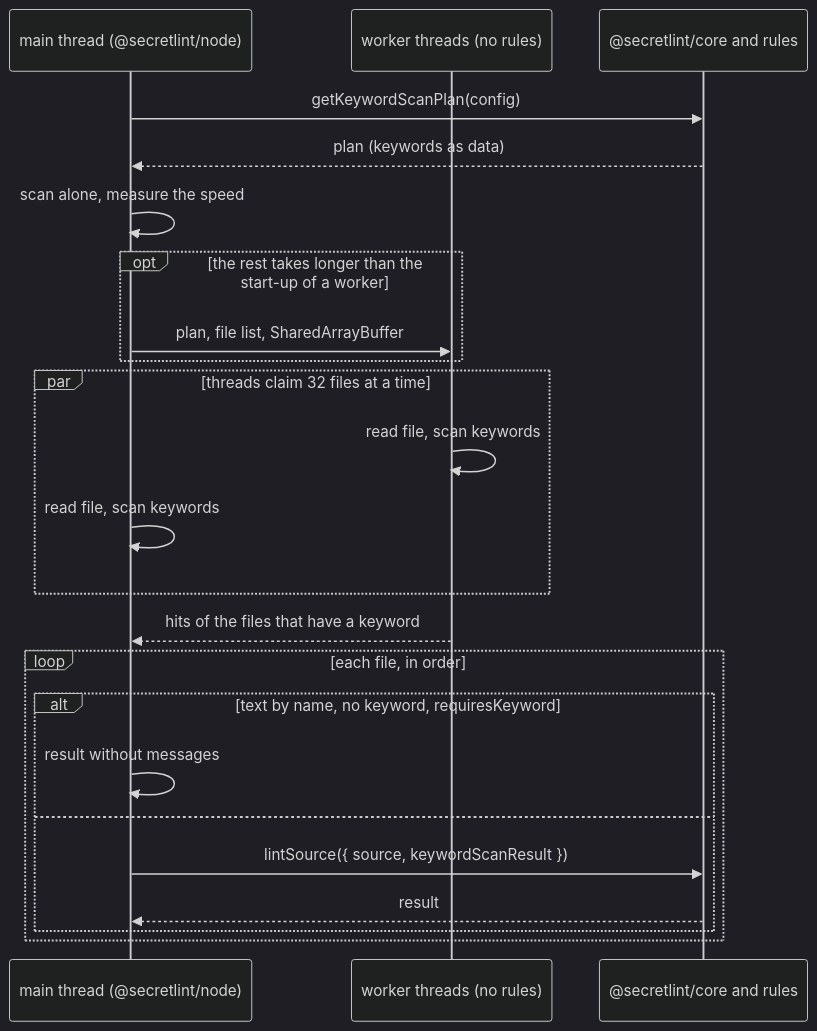
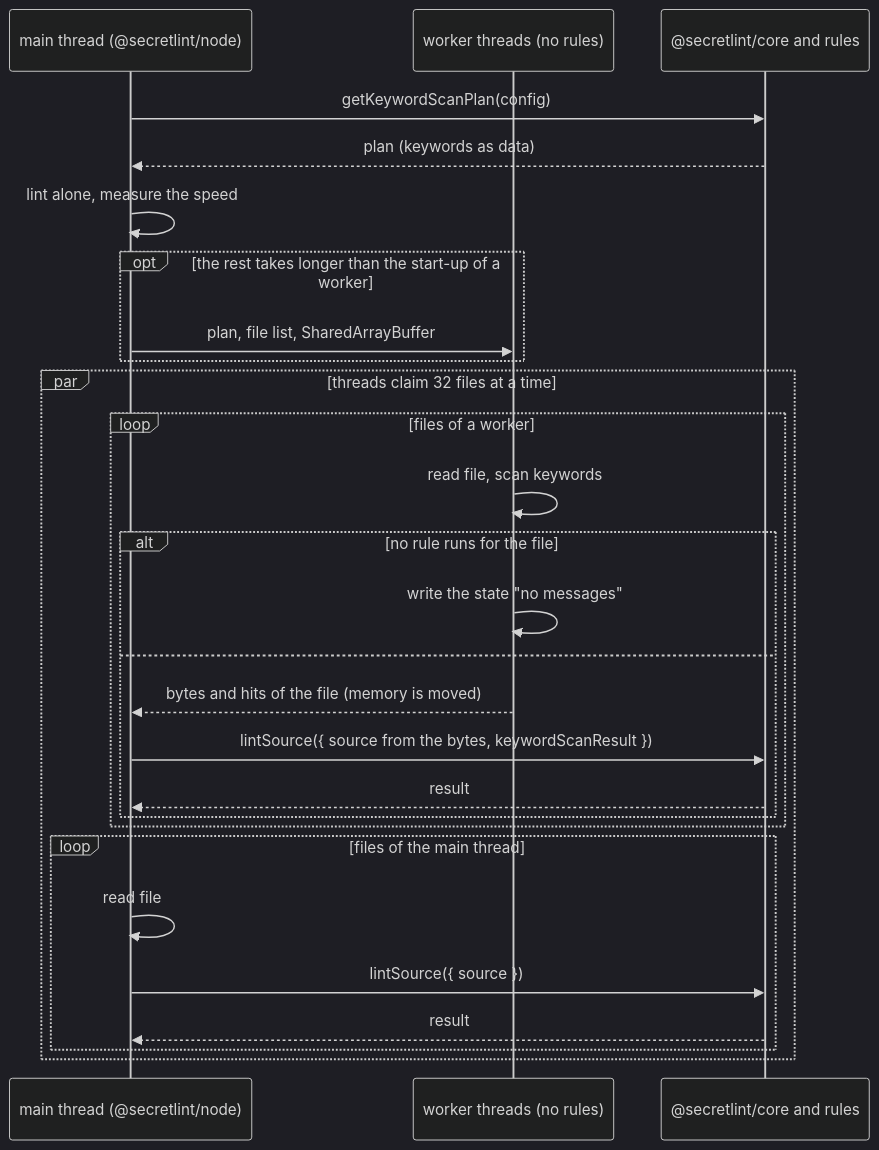
The second of 2 diagrams in docs/products/secretlint/features/secret-scanning/design.md (secretlint/secretlint), drawn with Mermaid (dark theme) before and after one commit. The commit also changed other lines of this file and 7 other files, not shown here.

First line of the commit message:
docs(sdev): workers hand the bytes of files, and a file is read once

````diff
--- a/docs/products/secretlint/features/secret-scanning/design.md
+++ b/docs/products/secretlint/features/secret-scanning/design.md
@@ -201,25 +210,29 @@
 ```mermaid
 sequenceDiagram
     participant Main as main thread (@secretlint/node)
     participant Worker as worker threads (no rules)
     participant Core as @secretlint/core and rules
     Main->>Core: getKeywordScanPlan(config)
     Core-->>Main: plan (keywords as data)
-    Main->>Main: scan alone, measure the speed
+    Main->>Main: lint alone, measure the speed
     opt the rest takes longer than the start-up of a worker
         Main->>Worker: plan, file list, SharedArrayBuffer
     end
     par threads claim 32 files at a time
-        Worker->>Worker: read file, scan keywords
-        Main->>Main: read file, scan keywords
-    end
-    Worker-->>Main: hits of the files that have a keyword
-    loop each file, in order
-        alt text by name, no keyword, requiresKeyword
-            Main->>Main: result without messages
-        else
-            Main->>Core: lintSource({ source, keywordScanResult })
+        loop files of a worker
+            Worker->>Worker: read file, scan keywords
+            alt no rule runs for the file
+                Worker->>Worker: write the state "no messages"
+            else
+                Worker-->>Main: bytes and hits of the file (memory is moved)
+                Main->>Core: lintSource({ source from the bytes, keywordScanResult })
+                Core-->>Main: result
+            end
+        end
+        loop files of the main thread
+            Main->>Main: read file
+            Main->>Core: lintSource({ source })
             Core-->>Main: result
         end
     end
 ```
````
